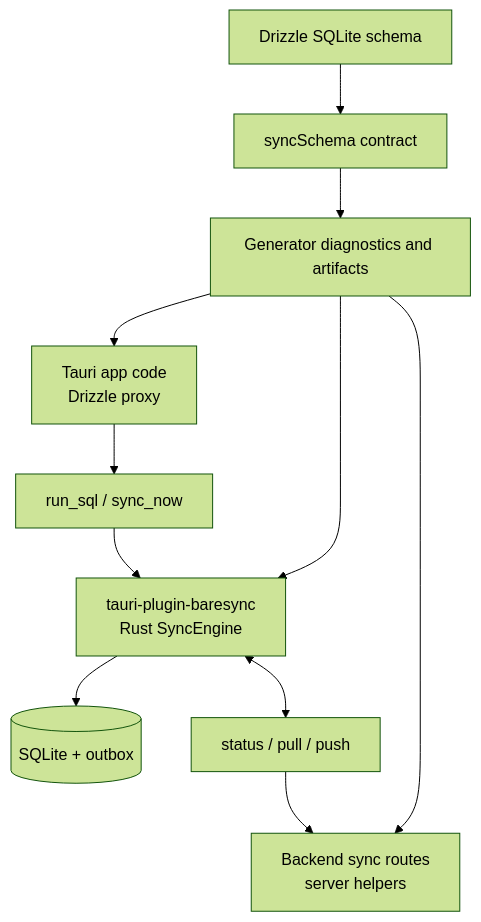
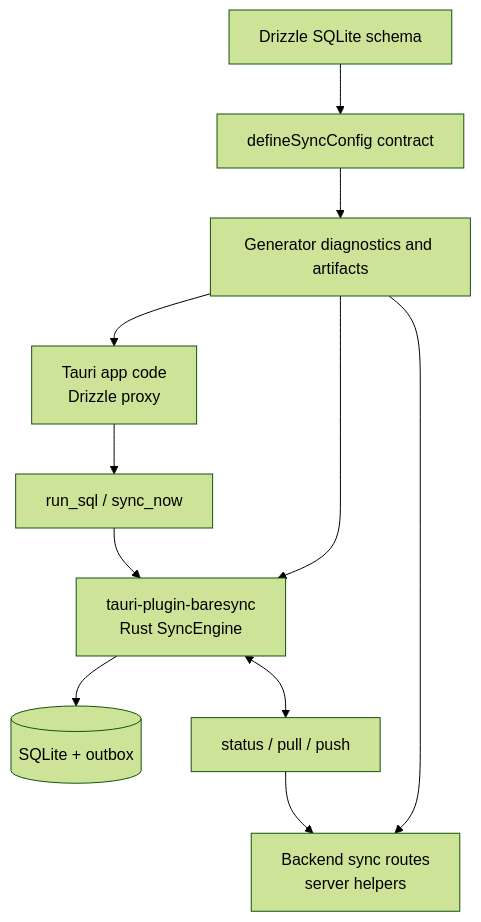
The diagram in apps/docs/content/docs/index.mdx (sakti-dev/baresync), drawn with Mermaid (forest theme) before and after one commit. The commit also changed other lines of this file and 36 other files, not shown here.

````diff
--- a/apps/docs/content/docs/index.mdx
+++ b/apps/docs/content/docs/index.mdx
@@ -50,21 +50,21 @@
 ```mermaid
 flowchart TD
   schema["Drizzle SQLite schema"]
-  contract["syncSchema contract"]
+  contract["defineSyncConfig contract"]
   generated["Generator diagnostics and artifacts"]
   app["Tauri app code<br/>Drizzle proxy"]
   plugin["tauri-plugin-baresync<br/>Rust SyncEngine"]
   server["Backend sync routes<br/>server helpers"]
   commands["run_sql / sync_now"]
   sqlite[("SQLite + outbox")]
   routes["status / pull / push"]
 
   schema --> contract --> generated
   generated --> app
   generated --> plugin
   generated --> server
   app --> commands --> plugin
   plugin --> sqlite
   plugin <--> routes
   routes --> server
 ```
````
